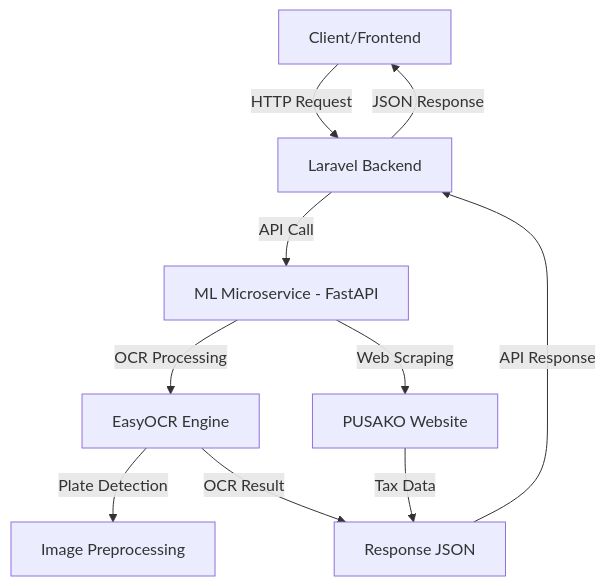
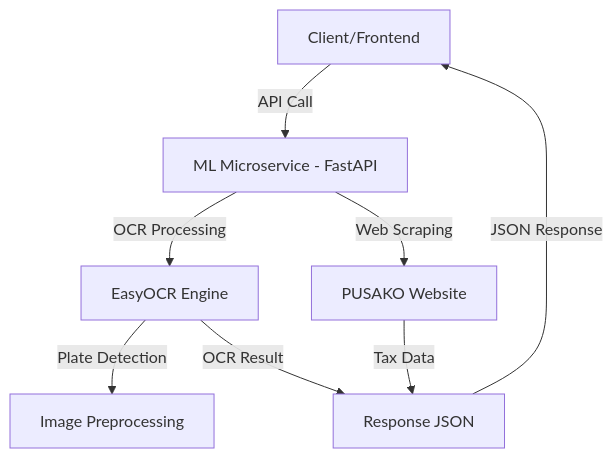
The diagram in README.md (flycemek/SuperAPPS_Pajak), drawn with Mermaid before and after one commit. The commit also changed other lines of this file and 55 other files, not shown here.

````diff
--- a/README.md
+++ b/README.md
@@ -29,12 +28,10 @@
 ```mermaid
 graph TB
-    A[Client/Frontend] -->|HTTP Request| B[Laravel Backend]
-    B -->|API Call| C[ML Microservice - FastAPI]
+    A[Client/Frontend] -->|API Call| C[ML Microservice - FastAPI]
     C -->|OCR Processing| D[EasyOCR Engine]
     C -->|Web Scraping| E[PUSAKO Website]
     D -->|Plate Detection| F[Image Preprocessing]
     E -->|Tax Data| G[Response JSON]
     D -->|OCR Result| G
-    G -->|API Response| B
-    B -->|JSON Response| A
+    G -->|JSON Response| A
 ```
````
